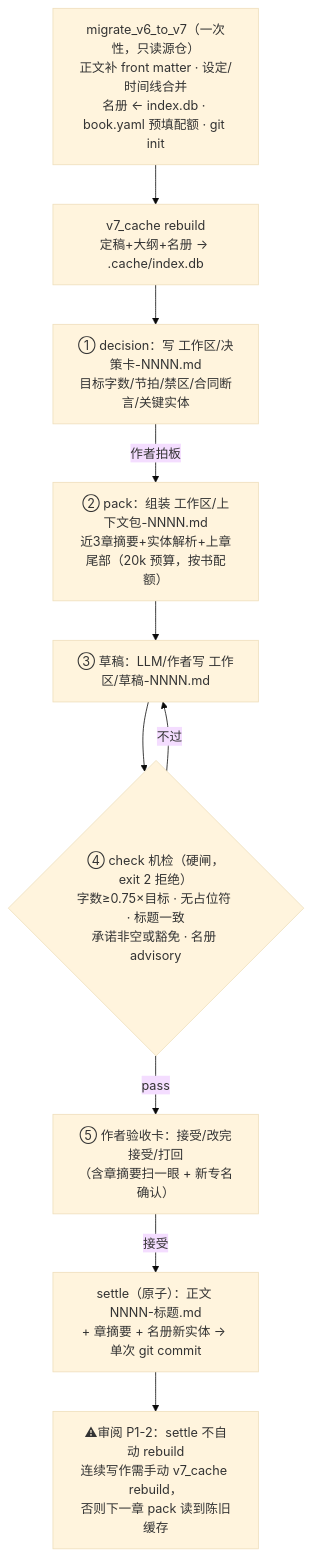
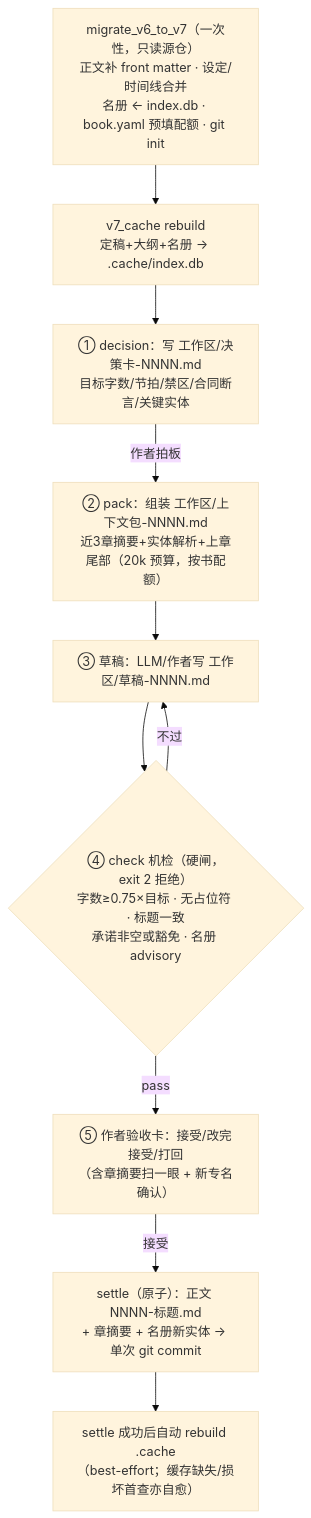
Before and after one commit to alittleseven/webnovel-writer: the third of 8 diagrams in docs/architecture/functional-flow-and-data-flow.md, drawn with Mermaid (base theme). The commit also changed other lines of this file and 12 other files, not shown here.

````diff
--- a/docs/architecture/functional-flow-and-data-flow.md
+++ b/docs/architecture/functional-flow-and-data-flow.md
@@ -130,12 +130,12 @@
 ```mermaid
 flowchart TD
     MIG["migrate_v6_to_v7（一次性，只读源仓）<br/>正文补 front matter · 设定/时间线合并<br/>名册 ← index.db · book.yaml 预填配额 · git init"] --> RC["v7_cache rebuild<br/>定稿+大纲+名册 → .cache/index.db"]
     RC --> DEC["① decision：写 工作区/决策卡-NNNN.md<br/>目标字数/节拍/禁区/合同断言/关键实体"]
     DEC -->|作者拍板| PACK["② pack：组装 工作区/上下文包-NNNN.md<br/>近3章摘要+实体解析+上章尾部（20k 预算，按书配额）"]
     PACK --> DR["③ 草稿：LLM/作者写 工作区/草稿-NNNN.md"]
     DR --> CHK{"④ check 机检（硬闸，exit 2 拒绝）<br/>字数≥0.75×目标 · 无占位符 · 标题一致<br/>承诺非空或豁免 · 名册 advisory"}
     CHK -->|不过| DR
     CHK -->|pass| ACC["⑤ 作者验收卡：接受/改完接受/打回<br/>（含章摘要扫一眼 + 新专名确认）"]
     ACC -->|接受| SET["settle（原子）：正文 NNNN-标题.md<br/>+ 章摘要 + 名册新实体 → 单次 git commit"]
-    SET --> RB["⚠审阅 P1-2：settle 不自动 rebuild<br/>连续写作需手动 v7_cache rebuild，<br/>否则下一章 pack 读到陈旧缓存"]
+    SET --> RB["settle 成功后自动 rebuild .cache<br/>（best-effort；缓存缺失/损坏首查亦自愈）"]
 ```
````
